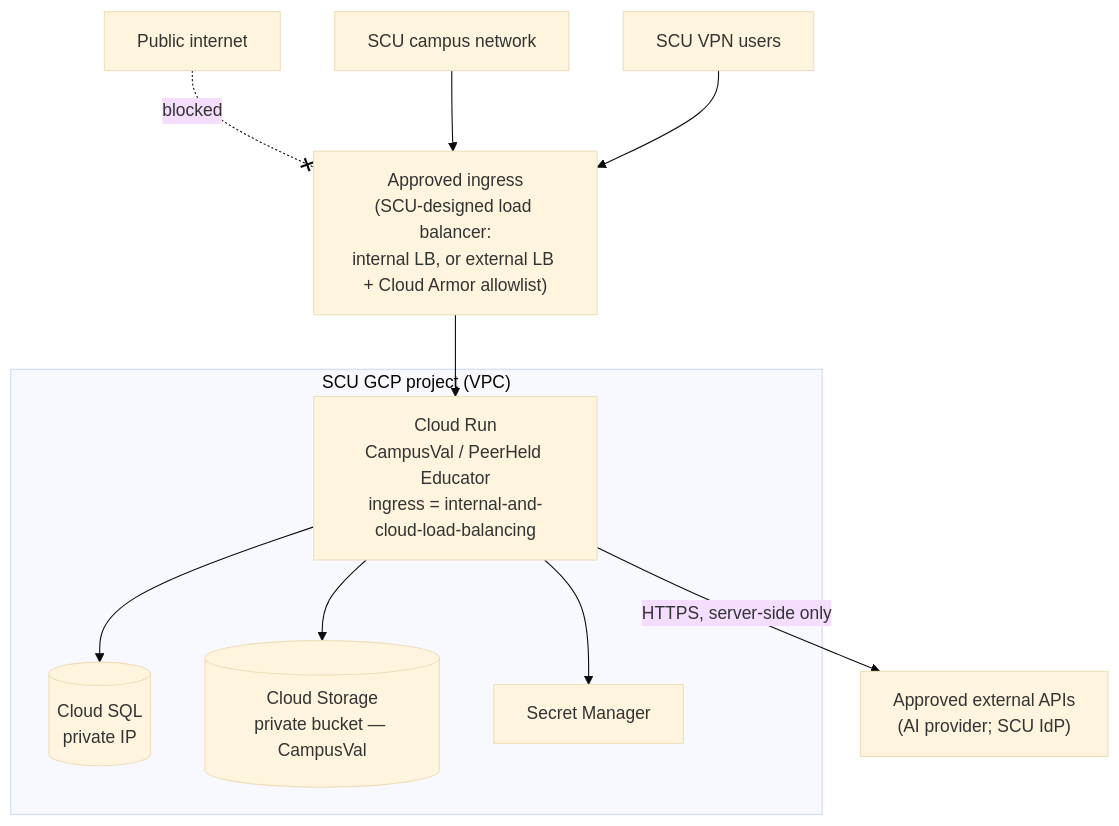
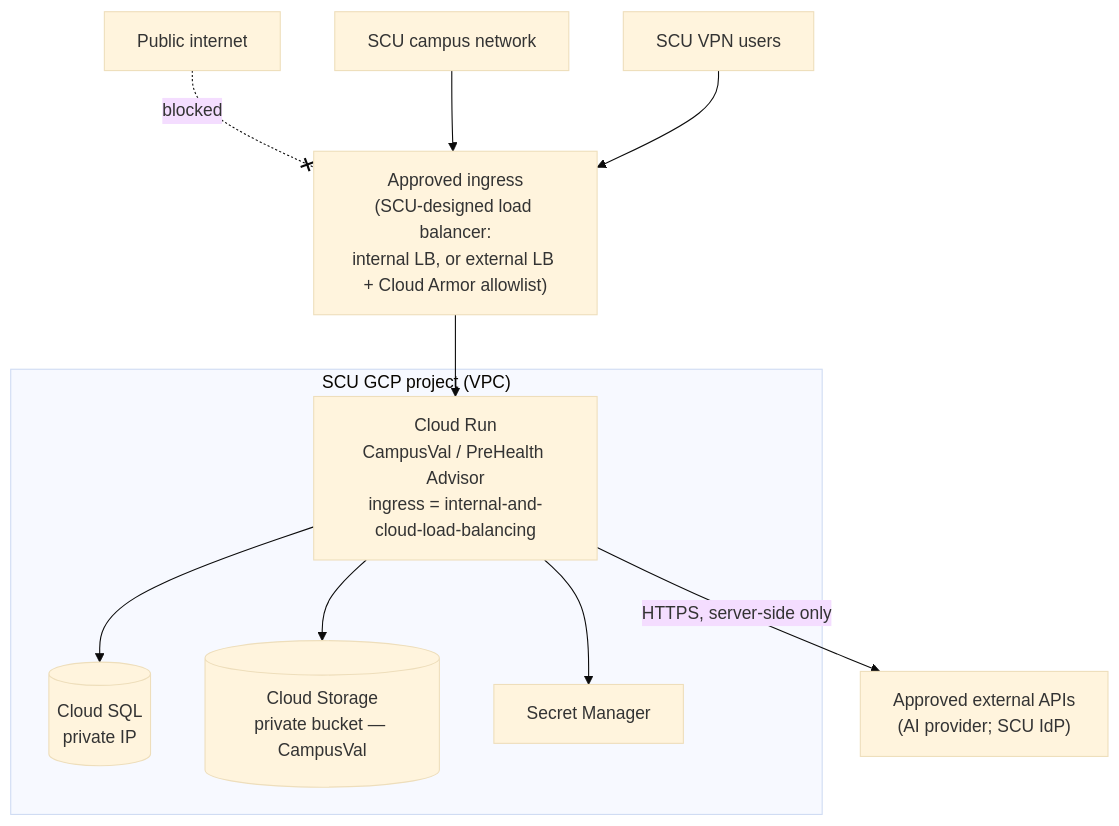
The diagram in docs/migration/NETWORK_ACCESS.md (shikharsisodia7/Campus-Val), drawn with Mermaid (base theme) before and after one commit. The commit also changed other lines of this file and 12 other files, not shown here.

Commit message:
docs: rename the second app to PreHealth Advisor; record merge status

````diff
--- a/docs/migration/NETWORK_ACCESS.md
+++ b/docs/migration/NETWORK_ACCESS.md
@@ -16,14 +16,14 @@
 ```mermaid
 flowchart TB
   Internet["Public internet"] -. "blocked" .-x LB
   Campus["SCU campus network"] --> LB
   VPN["SCU VPN users"] --> LB
   LB["Approved ingress<br/>(SCU-designed load balancer:<br/>internal LB, or external LB + Cloud Armor allowlist)"] --> CR
   subgraph GCP["SCU GCP project (VPC)"]
-    CR["Cloud Run<br/>CampusVal / PeerHeld Educator<br/>ingress = internal-and-cloud-load-balancing"]
+    CR["Cloud Run<br/>CampusVal / PreHealth Advisor<br/>ingress = internal-and-cloud-load-balancing"]
     CR --> SQL[("Cloud SQL<br/>private IP")]
     CR --> GCS[("Cloud Storage<br/>private bucket — CampusVal")]
     CR --> SM["Secret Manager"]
   end
   CR -->|"HTTPS, server-side only"| EXT["Approved external APIs<br/>(AI provider; SCU IdP)"]
 ```
````
